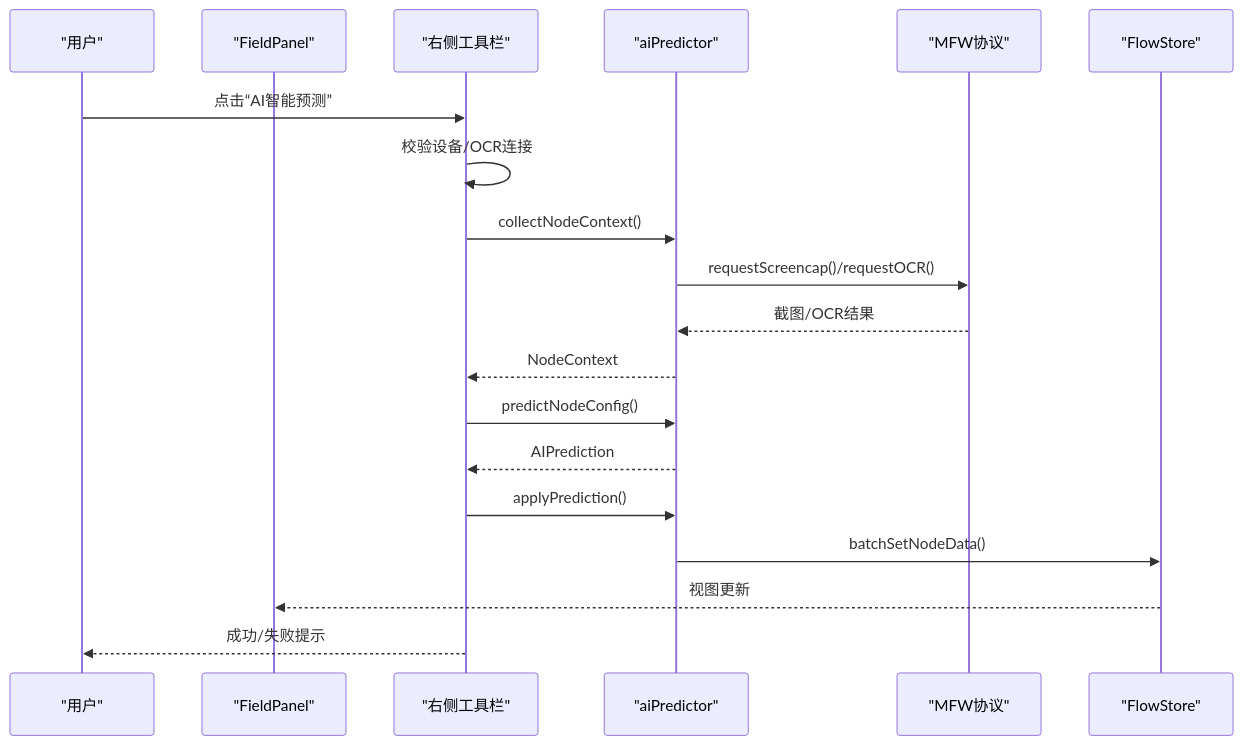
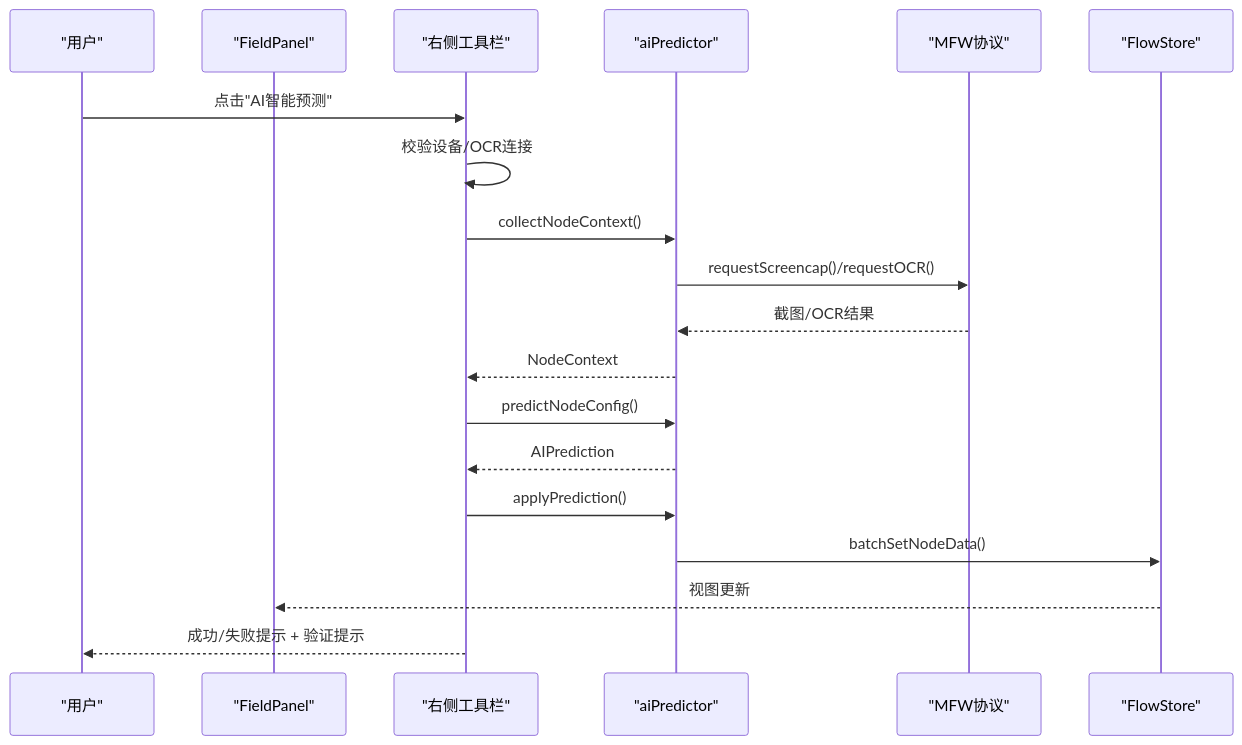
Before and after one commit to kqcoxn/MaaPipelineEditor: the second of 8 diagrams in .qoder/repowiki/zh/content/字段配置系统/字段编辑器组件/字段面板工具.md, drawn with Mermaid. The commit also changed other lines of this file and 19 other files, not shown here.

````diff
--- a/.qoder/repowiki/zh/content/字段配置系统/字段编辑器组件/字段面板工具.md
+++ b/.qoder/repowiki/zh/content/字段配置系统/字段编辑器组件/字段面板工具.md
@@ -101,21 +122,21 @@
 ```mermaid
 sequenceDiagram
 participant U as "用户"
 participant FP as "FieldPanel"
 participant RTL as "右侧工具栏"
 participant AP as "aiPredictor"
 participant MFW as "MFW协议"
 participant FS as "FlowStore"
-U->>RTL : 点击“AI智能预测”
+U->>RTL : 点击"AI智能预测"
 RTL->>RTL : 校验设备/OCR连接
 RTL->>AP : collectNodeContext()
 AP->>MFW : requestScreencap()/requestOCR()
 MFW-->>AP : 截图/OCR结果
 AP-->>RTL : NodeContext
 RTL->>AP : predictNodeConfig()
 AP-->>RTL : AIPrediction
 RTL->>AP : applyPrediction()
 AP->>FS : batchSetNodeData()
 FS-->>FP : 视图更新
-RTL-->>U : 成功/失败提示
+RTL-->>U : 成功/失败提示 + 验证提示
 ```
````
